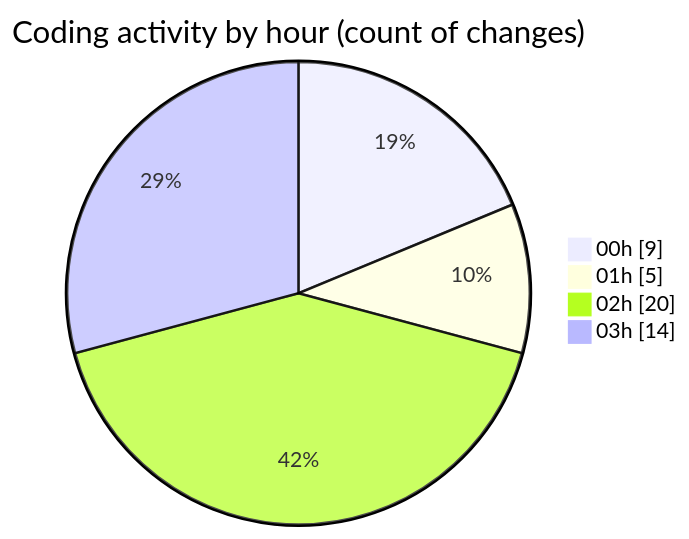
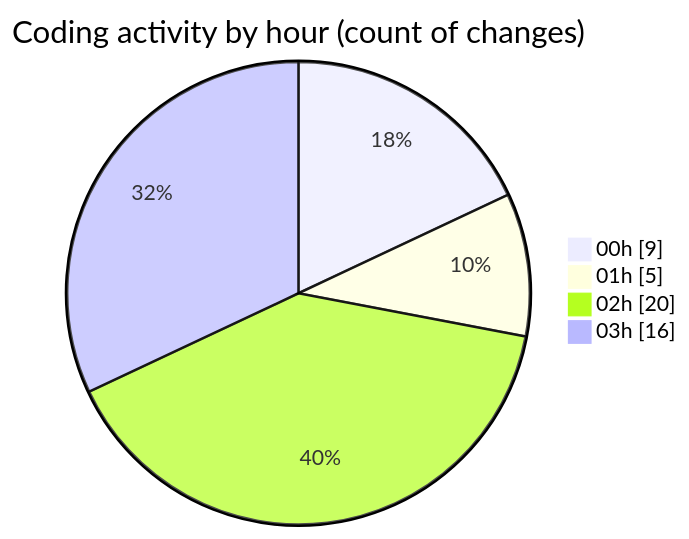
Before and after one commit to lephambinh05/code-tracking: the second of 2 diagrams in 2025-08-05/studybuddy/README.md, drawn with Mermaid. The commit also changed other lines of this file and 1 other file, not shown here.

````diff
--- a/2025-08-05/studybuddy/README.md
+++ b/2025-08-05/studybuddy/README.md
@@ -43,8 +45,8 @@
 ```mermaid
 pie showData
 title Coding activity by hour (count of changes)
 "00h" : 9
 "01h" : 5
 "02h" : 20
-"03h" : 14
+"03h" : 16
 ```
````
